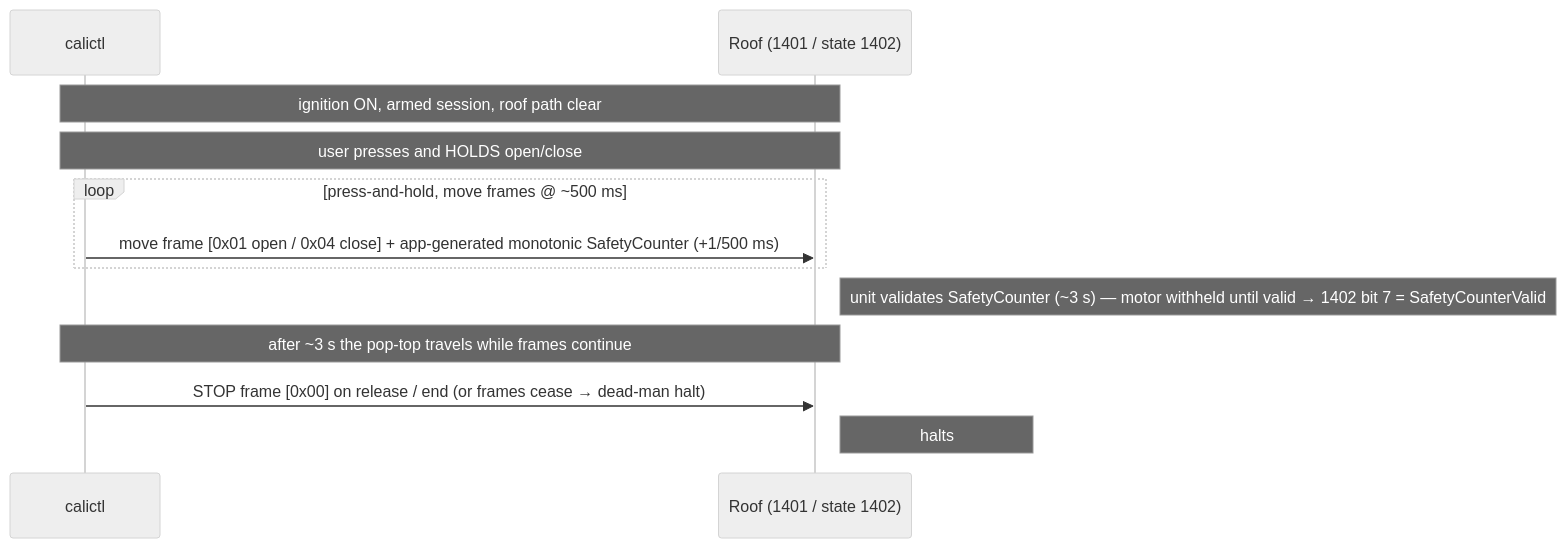
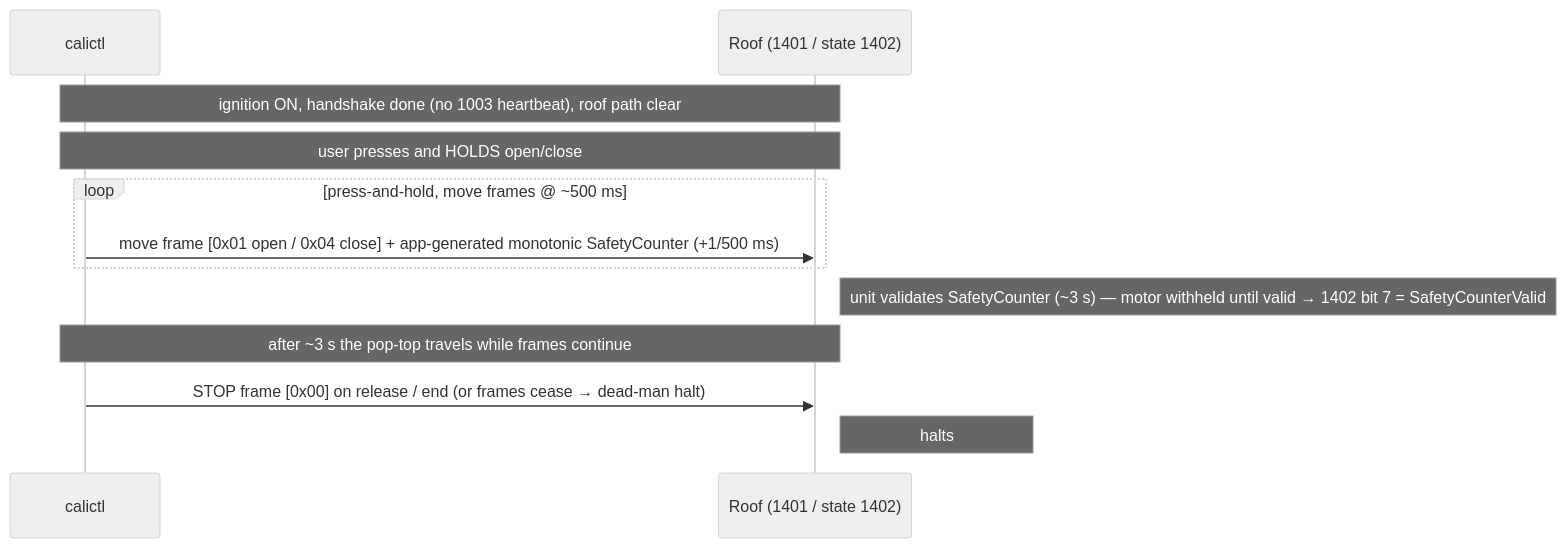
Before and after one commit to ckeller42/open-california: the fifth of 8 diagrams in docs/business-logic/protocol-sequences.md, drawn with Mermaid (neutral theme). The commit also changed other lines of this file and 16 other files, not shown here.

````diff
--- a/docs/business-logic/protocol-sequences.md
+++ b/docs/business-logic/protocol-sequences.md
@@ -170,14 +174,14 @@
 ```mermaid
 sequenceDiagram
     participant C as calictl
     participant U as Roof (1401 / state 1402)
-    Note over C,U: ignition ON, armed session, roof path clear
+    Note over C,U: ignition ON, handshake done (no 1003 heartbeat), roof path clear
     Note over C,U: user presses and HOLDS open/close
     loop press-and-hold, move frames @ ~500 ms
         C->>U: move frame [0x01 open / 0x04 close] + app-generated monotonic SafetyCounter (+1/500 ms)
     end
     Note right of U: unit validates SafetyCounter (~3 s) — motor withheld until valid → 1402 bit 7 = SafetyCounterValid
     Note over C,U: after ~3 s the pop-top travels while frames continue
     C->>U: STOP frame [0x00] on release / end (or frames cease → dead-man halt)
     Note right of U: halts
 ```
````
